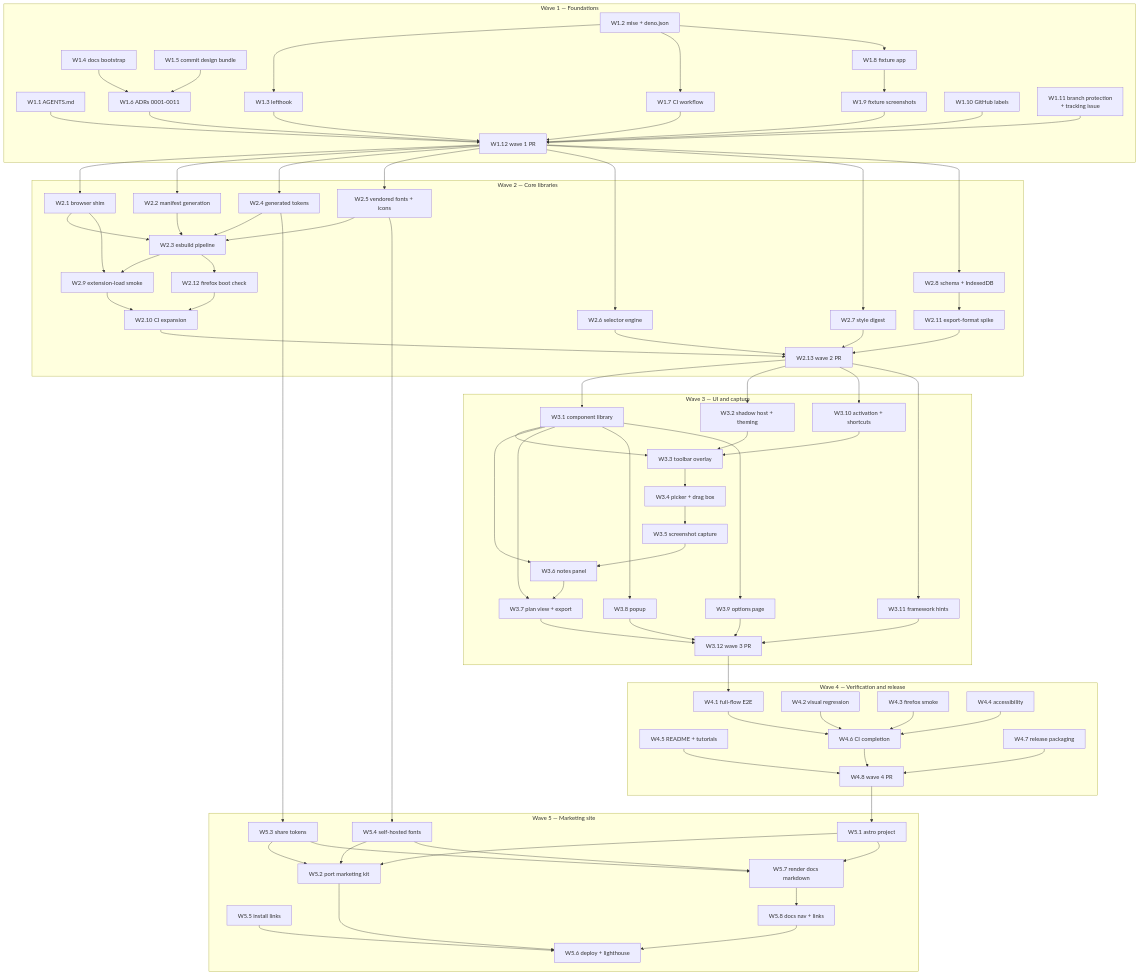
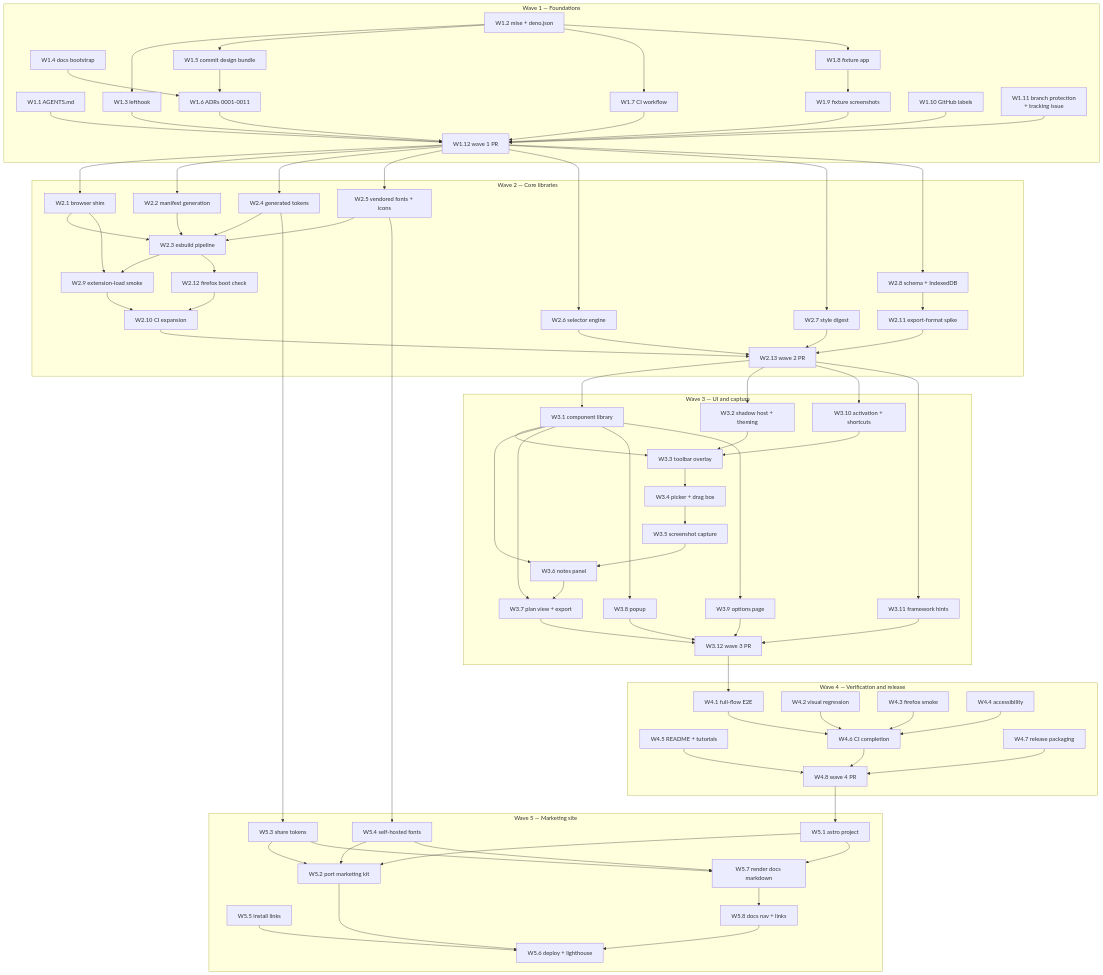
One commit to whizzzkid/point-and-shoot changed the second of 2 diagrams in docs/plans/README.md. Above: the diagram before and after it, drawn with Mermaid. The commit also changed other lines of this file and 4 other files, not shown here.

First line of the commit message:
docs(plans): 🐛 fix renumbering, graph, and fabricated-value defects in the plan

```diff
--- a/docs/plans/README.md
+++ b/docs/plans/README.md
@@ -58,6 +58,7 @@
     W111["W1.11 branch protection<br/>+ tracking issue"]
     W112["W1.12 wave 1 PR"]
     W12 --> W13
+    W12 --> W15
     W14 --> W16
     W15 --> W16
     W12 --> W17
```
